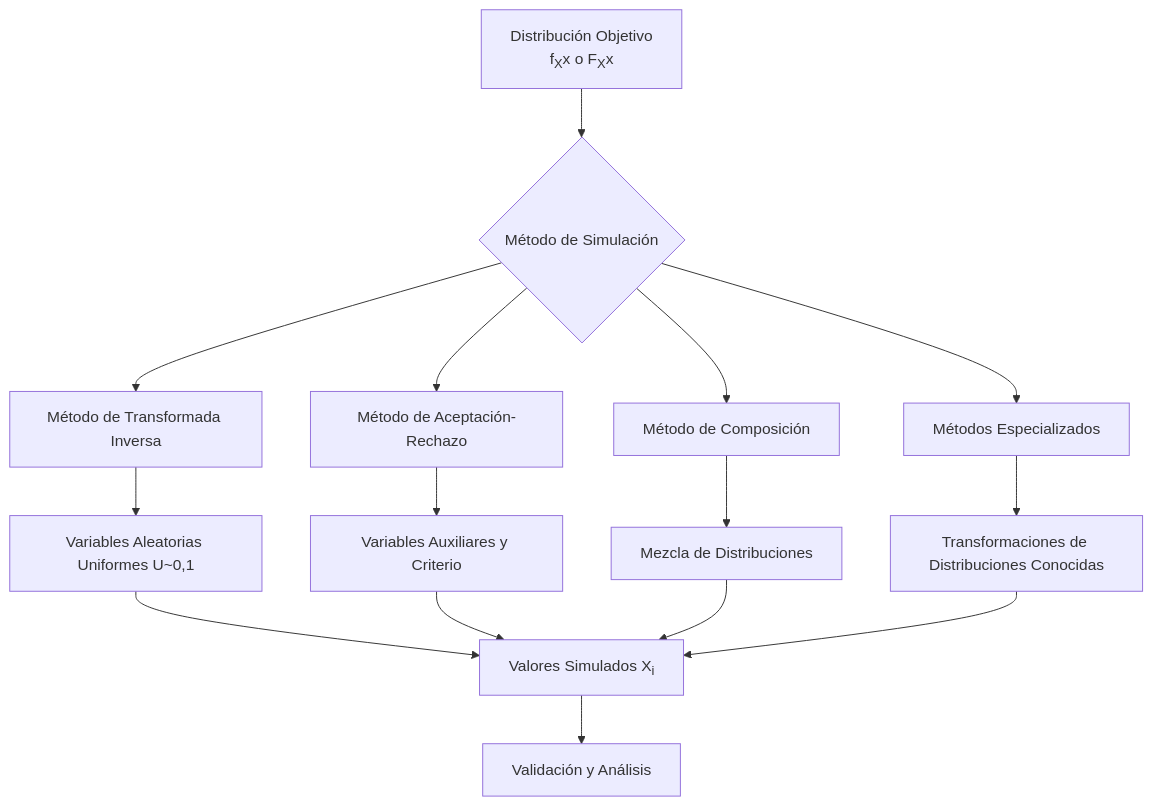
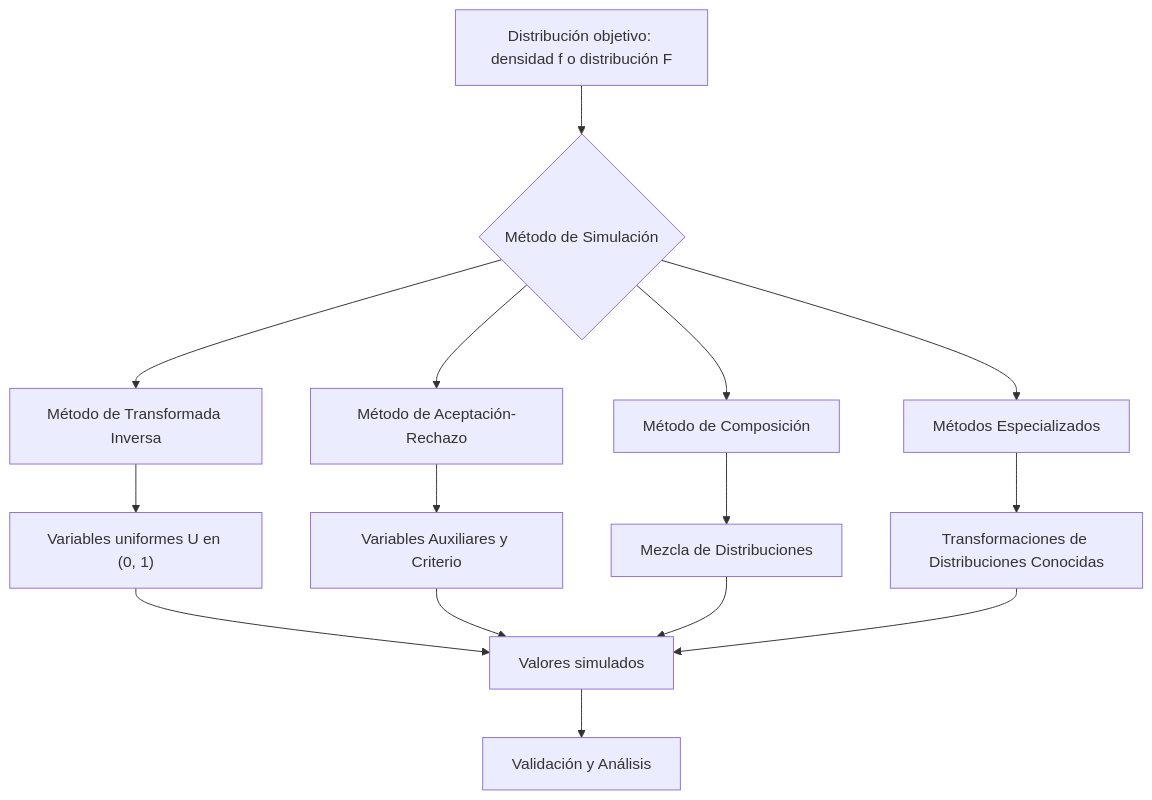
Before and after one commit to djaimej/computer-science-template: the diagram in public/documents/semester-3/4/3426.md, drawn with Mermaid. The commit also changed other lines of this file and 5 other files, not shown here.

````diff
--- a/public/documents/semester-3/4/3426.md
+++ b/public/documents/semester-3/4/3426.md
@@ -11,20 +11,20 @@
 ```mermaid
 flowchart TD
-    A[Distribución Objetivo<br>f<sub>X</sub>x o F<sub>X</sub>x] --> B{Método de Simulación}
+    A["Distribución objetivo: densidad f o distribución F"] --> B{Método de Simulación}
     B --> C[Método de Transformada Inversa]
     B --> D[Método de Aceptación-Rechazo]
     B --> E[Método de Composición]
     B --> F[Métodos Especializados]
 
-    C --> G[Variables Aleatorias Uniformes U~0,1]
+    C --> G["Variables uniformes U en (0, 1)"]
     D --> H[Variables Auxiliares y Criterio]
     E --> I[Mezcla de Distribuciones]
     F --> J[Transformaciones de Distribuciones Conocidas]
 
-    G --> K[Valores Simulados X<sub>i</sub>]
+    G --> K[Valores simulados]
     H --> K
     I --> K
     J --> K
 
     K --> L[Validación y Análisis]
 ```
````
